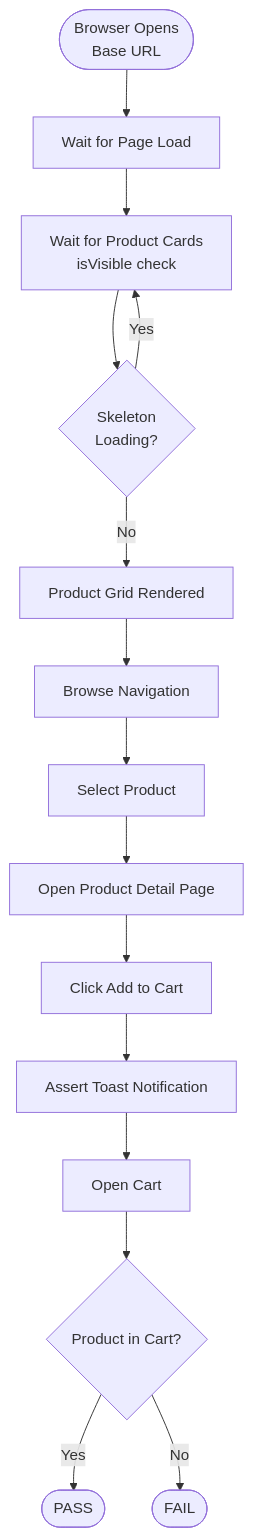
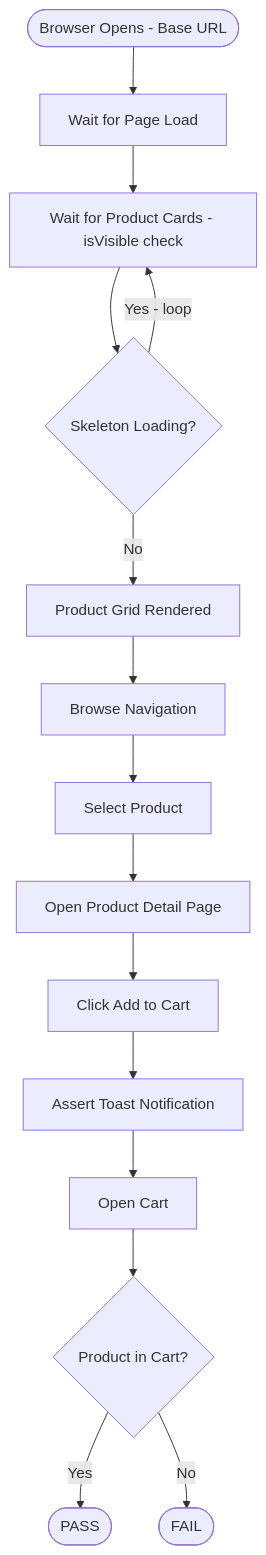
One commit to ron457/Cucumber-Test-Ophelia changed the sixth of 15 diagrams in rchitecture.md. Above: the diagram before and after it, drawn with Mermaid. The commit also changed other lines of this file, not shown here.

````diff
--- a/rchitecture.md
+++ b/rchitecture.md
@@ -181,17 +180,17 @@
 ```mermaid
 flowchart TD
-    A([Browser Opens\nBase URL]) --> B[Wait for Page Load]
-    B --> C[Wait for Product Cards\nisVisible check]
-    C --> D{Skeleton\nLoading?}
-    D -->|Yes| C
+    A([Browser Opens - Base URL]) --> B[Wait for Page Load]
+    B --> C["Wait for Product Cards - isVisible check"]
+    C --> D{Skeleton Loading?}
+    D -->|Yes - loop| C
     D -->|No| E[Product Grid Rendered]
     E --> F[Browse Navigation]
     F --> G[Select Product]
     G --> H[Open Product Detail Page]
     H --> I[Click Add to Cart]
     I --> J[Assert Toast Notification]
     J --> K[Open Cart]
     K --> L{Product in Cart?}
     L -->|Yes| M([PASS])
     L -->|No| N([FAIL])
 ```
````
